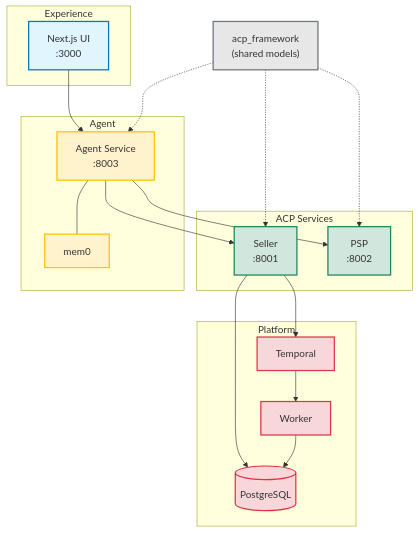
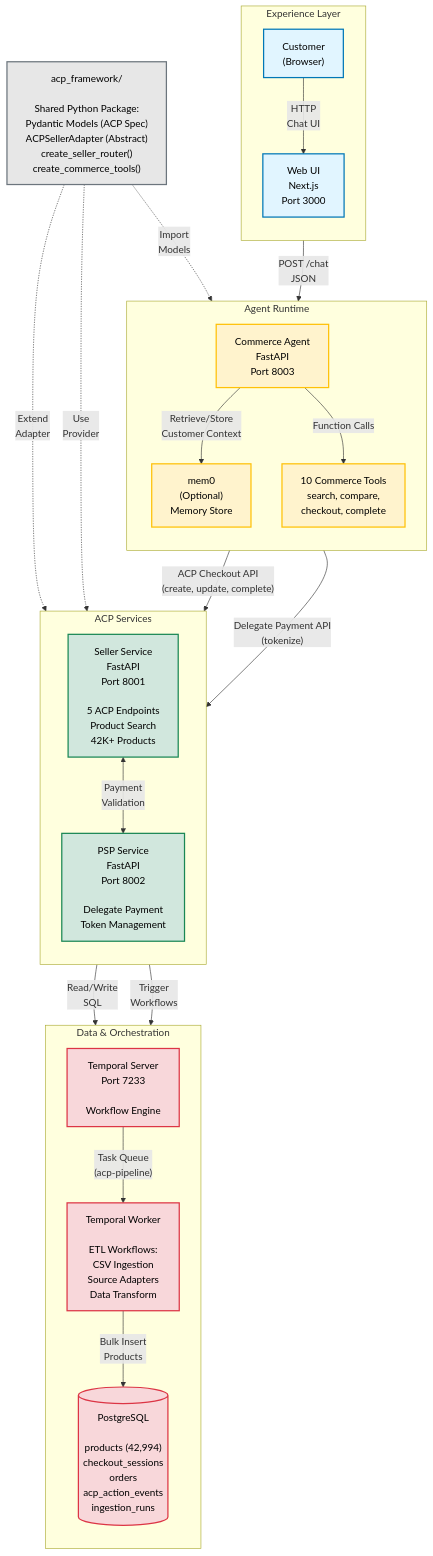
The first of 3 diagrams in README.md (shabazpatel/acp-infra), drawn with Mermaid before and after one commit. The commit also changed other lines of this file, not shown here.

````diff
--- a/README.md
+++ b/README.md
@@ -26,56 +21,66 @@
 ```mermaid
 flowchart TB
     %% Experience layer
-    subgraph EXPERIENCE["Experience"]
-        UI["Next.js UI<br/>:3000"]
+    subgraph EXPERIENCE["Experience Layer"]
+        direction TB
+        USER["Customer<br/>(Browser)"]
+        UI["Web UI<br/>Next.js<br/>Port 3000"]
+        USER -->|"HTTP<br/>Chat UI"| UI
     end
 
     %% Agent runtime
-    subgraph AGENTS["Agent"]
-        AGENT["Agent Service<br/>:8003"]
-        MEM["mem0"]
-        AGENT --- MEM
+    subgraph AGENTS["Agent Runtime"]
+        direction TB
+        AGENT["Commerce Agent<br/>FastAPI<br/>Port 8003"]
+        MEM["mem0<br/>(Optional)<br/>Memory Store"]
+        TOOLS["10 Commerce Tools<br/>search, compare,<br/>checkout, complete"]
+        AGENT -->|"Retrieve/Store<br/>Customer Context"| MEM
+        AGENT -->|"Function Calls"| TOOLS
     end
 
-    %% ACP services
+    %% ACP commerce services
     subgraph ACP["ACP Services"]
-        SELLER["Seller<br/>:8001"]
-        PSP["PSP<br/>:8002"]
+        direction TB
+        SELLER["Seller Service<br/>FastAPI<br/>Port 8001<br/><br/>5 ACP Endpoints<br/>Product Search<br/>42K+ Products"]
+        PSP["PSP Service<br/>FastAPI<br/>Port 8002<br/><br/>Delegate Payment<br/>Token Management"]
+        SELLER <-->|"Payment<br/>Validation"| PSP
     end
 
-    %% Platform
-    subgraph PLATFORM["Platform"]
-        DB[("PostgreSQL")]
-        TEMPORAL["Temporal"]
-        WORKER["Worker"]
+    %% Platform/data plane
+    subgraph PLATFORM["Data & Orchestration"]
+        direction TB
+        DB[("PostgreSQL<br/><br/>products (42,994)<br/>checkout_sessions<br/>orders<br/>acp_action_events<br/>ingestion_runs")]
+        TEMPORAL["Temporal Server<br/>Port 7233<br/><br/>Workflow Engine"]
+        WORKER["Temporal Worker<br/><br/>ETL Workflows:<br/>CSV Ingestion<br/>Source Adapters<br/>Data Transform"]
     end
 
     %% Framework
-    FRAMEWORK["acp_framework<br/>(shared models)"]
+    FRAMEWORK["acp_framework/<br/><br/>Shared Python Package:<br/>Pydantic Models (ACP Spec)<br/>ACPSellerAdapter (Abstract)<br/>create_seller_router()<br/>create_commerce_tools()"]
 
     %% Connections
-    UI --> AGENT
-    AGENT --> SELLER
-    AGENT --> PSP
-    SELLER --> DB
-    WORKER --> DB
-    SELLER --> TEMPORAL
-    TEMPORAL --> WORKER
+    UI -->|"POST /chat<br/>JSON"| AGENT
+    TOOLS -->|"ACP Checkout API<br/>(create, update, complete)"| SELLER
+    TOOLS -->|"Delegate Payment API<br/>(tokenize)"| PSP
+    SELLER -->|"Read/Write<br/>SQL"| DB
+    WORKER -->|"Bulk Insert<br/>Products"| DB
+    SELLER -->|"Trigger<br/>Workflows"| TEMPORAL
+    TEMPORAL -->|"Task Queue<br/>(acp-pipeline)"| WORKER
 
-    FRAMEWORK -.-> AGENT
-    FRAMEWORK -.-> SELLER
-    FRAMEWORK -.-> PSP
+    %% Framework usage
+    FRAMEWORK -.->|"Import<br/>Models"| AGENT
+    FRAMEWORK -.->|"Extend<br/>Adapter"| SELLER
+    FRAMEWORK -.->|"Use<br/>Provider"| PSP
 
     %% Styling
-    classDef experience fill:#e1f5ff,stroke:#0077b6,stroke-width:2px
-    classDef agent fill:#fff3cd,stroke:#ffc107,stroke-width:2px
-    classDef acp fill:#d1e7dd,stroke:#198754,stroke-width:2px
-    classDef platform fill:#f8d7da,stroke:#dc3545,stroke-width:2px
-    classDef framework fill:#e7e7e7,stroke:#6c757d,stroke-width:2px
+    classDef experience fill:#e1f5ff,stroke:#0077b6,stroke-width:2px,color:#000
+    classDef agent fill:#fff3cd,stroke:#ffc107,stroke-width:2px,color:#000
+    classDef acp fill:#d1e7dd,stroke:#198754,stroke-width:2px,color:#000
+    classDef platform fill:#f8d7da,stroke:#dc3545,stroke-width:2px,color:#000
+    classDef framework fill:#e7e7e7,stroke:#6c757d,stroke-width:2px,color:#000
 
-    class UI experience
-    class AGENT,MEM agent
+    class USER,UI experience
+    class AGENT,MEM,TOOLS agent
     class SELLER,PSP acp
     class DB,TEMPORAL,WORKER platform
     class FRAMEWORK framework
 ```
````
